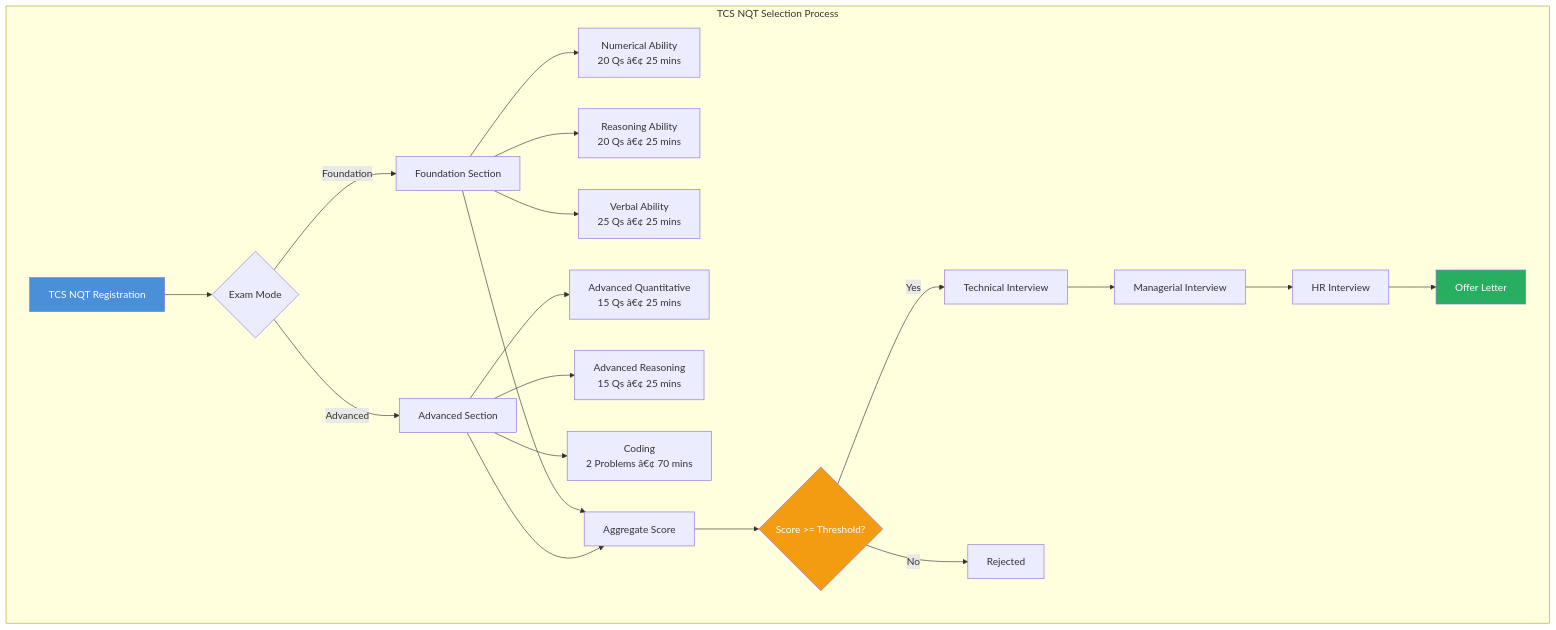
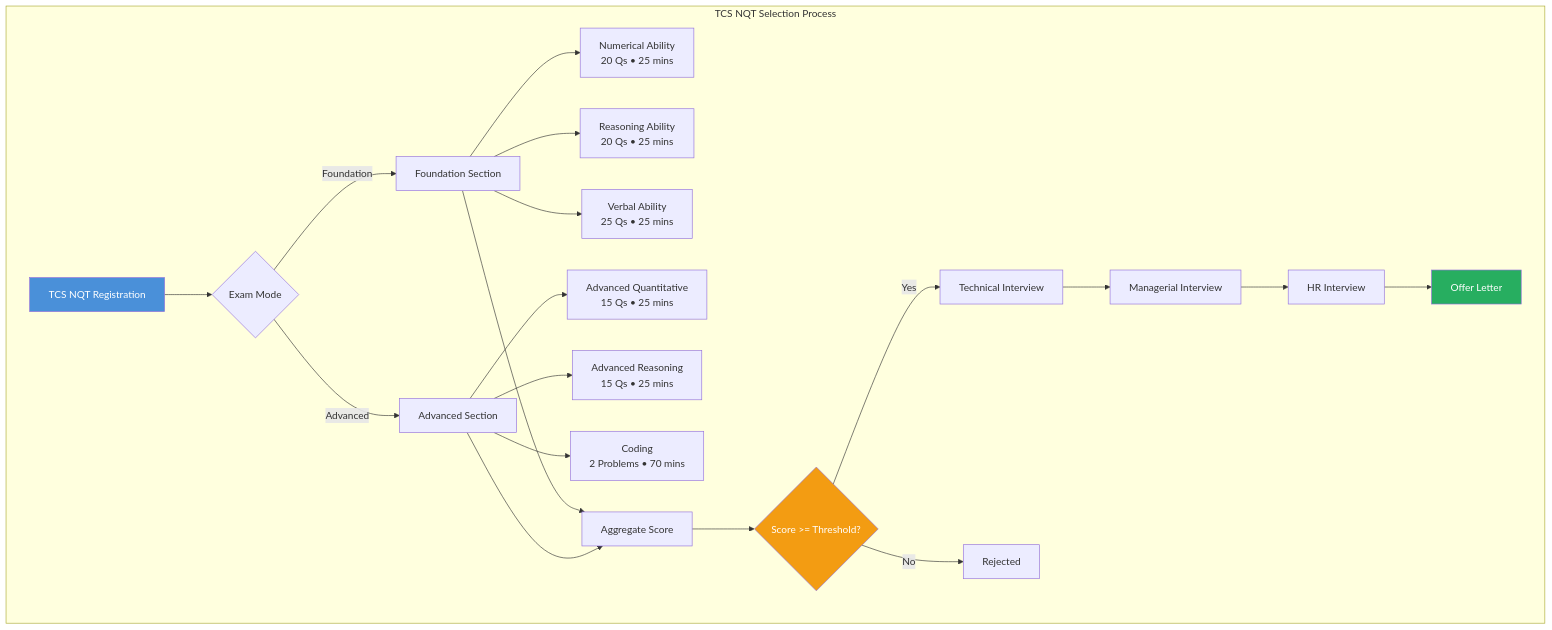
One commit to Raushan666java/ai-engineering-journey changed the first of 2 diagrams in docs/courses/interview-preparation/11-company-tcs-nqt.md. Above: the diagram before and after it, drawn with Mermaid. The commit also changed other lines of this file and 965 other files, not shown here.

````diff
--- a/docs/courses/interview-preparation/11-company-tcs-nqt.md
+++ b/docs/courses/interview-preparation/11-company-tcs-nqt.md
@@ -31,26 +31,26 @@
 ```mermaid
 flowchart TD
     subgraph "TCS NQT Selection Process"
         A[TCS NQT Registration] --> B{Exam Mode}
         B -->|Foundation| C[Foundation Section]
         B -->|Advanced| D[Advanced Section]
-        C --> E[Numerical Ability<br/>20 Qs â€¢ 25 mins]
-        C --> F[Reasoning Ability<br/>20 Qs â€¢ 25 mins]
-        C --> G[Verbal Ability<br/>25 Qs â€¢ 25 mins]
-        D --> H[Advanced Quantitative<br/>15 Qs â€¢ 25 mins]
-        D --> I[Advanced Reasoning<br/>15 Qs â€¢ 25 mins]
-        D --> J[Coding<br/>2 Problems â€¢ 70 mins]
+        C --> E[Numerical Ability<br/>20 Qs • 25 mins]
+        C --> F[Reasoning Ability<br/>20 Qs • 25 mins]
+        C --> G[Verbal Ability<br/>25 Qs • 25 mins]
+        D --> H[Advanced Quantitative<br/>15 Qs • 25 mins]
+        D --> I[Advanced Reasoning<br/>15 Qs • 25 mins]
+        D --> J[Coding<br/>2 Problems • 70 mins]
         C --> K[Aggregate Score]
         D --> K
         K --> L{Score >= Threshold?}
         L -->|Yes| M[Technical Interview]
         L -->|No| N[Rejected]
         M --> O[Managerial Interview]
         O --> P[HR Interview]
         P --> Q[Offer Letter]
     end
 
     style A fill:#4a90d9,color:#fff
     style Q fill:#27ae60,color:#fff
     style L fill:#f39c12,color:#fff
 ```
````
